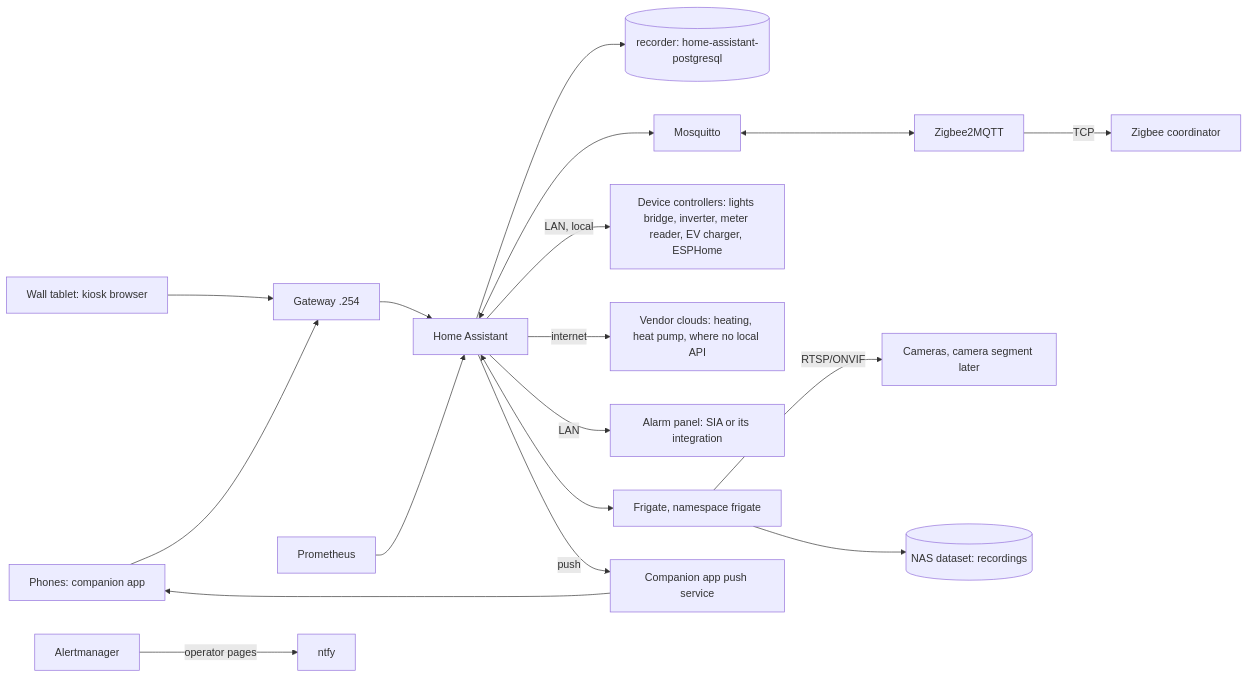
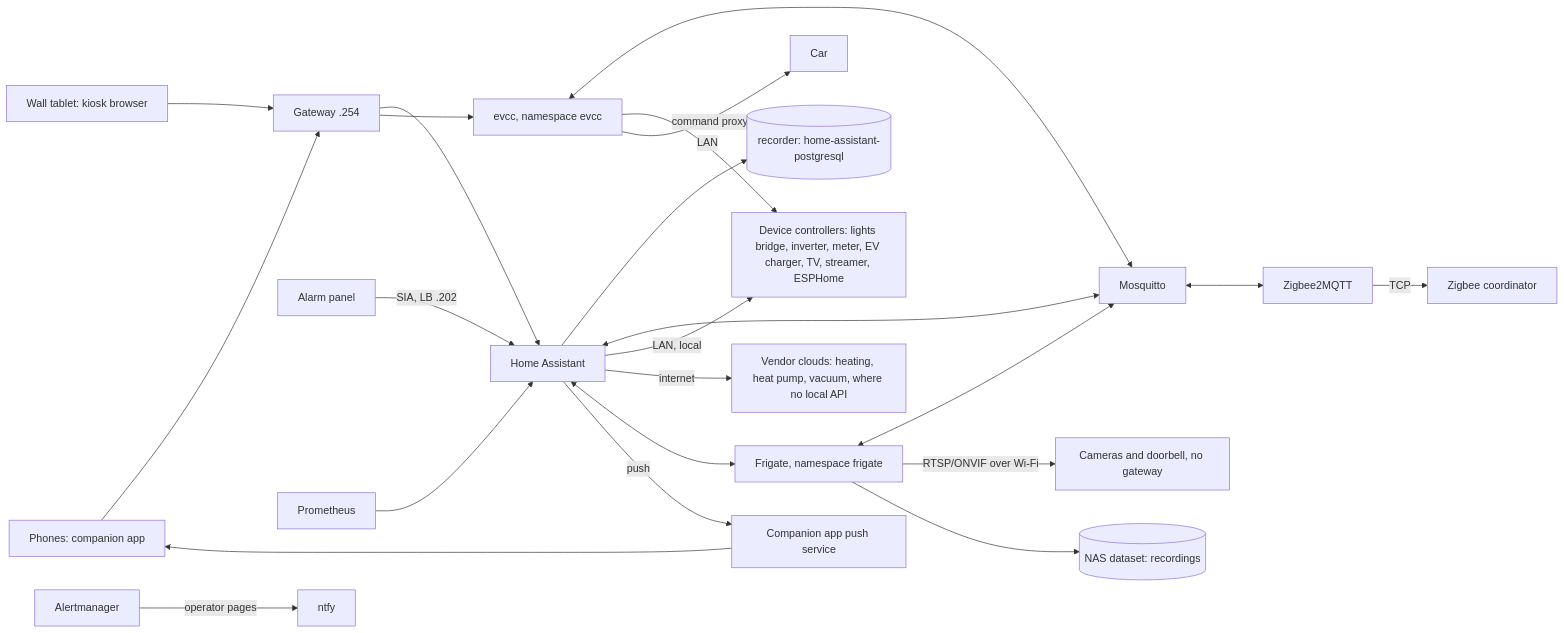
Before and after one commit to ned-si/homelab: the diagram in .kiro/specs/home-automation/design.md, drawn with Mermaid. The commit also changed other lines of this file and 3 other files, not shown here.

````diff
--- a/.kiro/specs/home-automation/design.md
+++ b/.kiro/specs/home-automation/design.md
@@ -9,17 +9,22 @@
 ```mermaid
 flowchart LR
   phones[Phones: companion app] --> gw[Gateway .254]
   tablet[Wall tablet: kiosk browser] --> gw
   gw --> ha[Home Assistant]
+  gw --> evcc[evcc, namespace evcc]
   ha --> pg[(recorder: home-assistant-postgresql)]
   ha <--> mq[Mosquitto] <--> z2m[Zigbee2MQTT] -- TCP --> coord[Zigbee coordinator]
-  ha -- LAN, local --> ctrl[Device controllers: lights bridge, inverter, meter reader, EV charger, ESPHome]
-  ha -- internet --> cloud[Vendor clouds: heating, heat pump, where no local API]
-  ha -- LAN --> alarm[Alarm panel: SIA or its integration]
+  evcc <--> mq
+  ha -- LAN, local --> ctrl[Device controllers: lights bridge, inverter, meter, EV charger, TV, streamer, ESPHome]
+  evcc -- LAN --> ctrl
+  evcc -- command proxy --> car[Car]
+  ha -- internet --> cloud[Vendor clouds: heating, heat pump, vacuum, where no local API]
+  alarm[Alarm panel] -- SIA, LB .202 --> ha
   ha <--> nvr[Frigate, namespace frigate]
-  nvr -- RTSP/ONVIF --> cams[Cameras, camera segment later]
+  nvr <--> mq
+  nvr -- RTSP/ONVIF over Wi-Fi --> cams[Cameras and doorbell, no gateway]
   nvr --> nas[(NAS dataset: recordings)]
   ha -- push --> fcm[Companion app push service] --> phones
   prom[Prometheus] --> ha
   am[Alertmanager] -- operator pages --> ntfy[ntfy]
 ```
````
